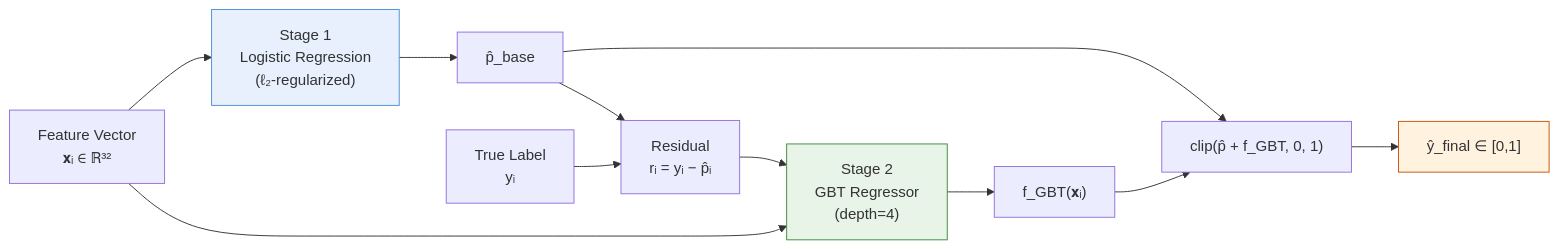
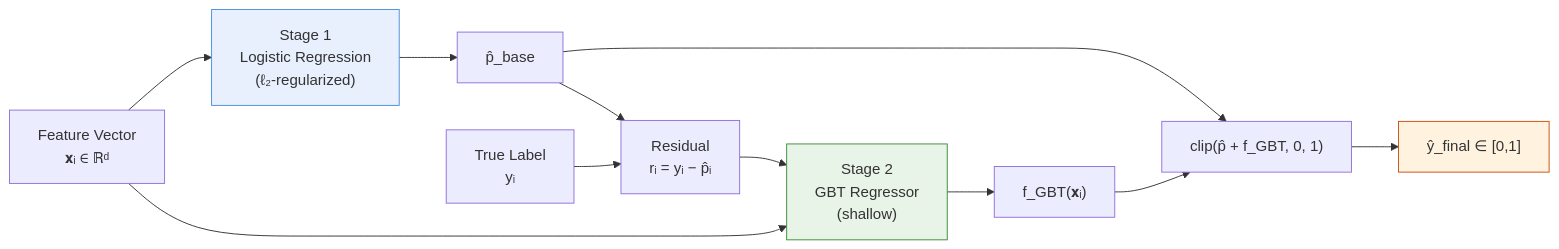
One commit to JHJP/jhjp-blog changed the diagram in content/portfolio/contact-model-two-stage-residual-learning/index.md. Above: the diagram before and after it, drawn with Mermaid. The commit also changed other lines of this file and 4 other files, not shown here.

````diff
--- a/content/portfolio/contact-model-two-stage-residual-learning/index.md
+++ b/content/portfolio/contact-model-two-stage-residual-learning/index.md
@@ -86,17 +86,17 @@
 ```mermaid
 flowchart LR
-    X["Feature Vector<br/>𝐱ᵢ ∈ ℝ³²"] --> LR["Stage 1<br/>Logistic Regression<br/>(ℓ₂-regularized)"]
+    X["Feature Vector<br/>𝐱ᵢ ∈ ℝᵈ"] --> LR["Stage 1<br/>Logistic Regression<br/>(ℓ₂-regularized)"]
     LR --> P["p̂_base"]
     P --> R["Residual<br/>rᵢ = yᵢ − p̂ᵢ"]
     Y["True Label<br/>yᵢ"] --> R
-    R --> GBT["Stage 2<br/>GBT Regressor<br/>(depth=4)"]
+    R --> GBT["Stage 2<br/>GBT Regressor<br/>(shallow)"]
     X --> GBT
     GBT --> RES["f_GBT(𝐱ᵢ)"]
     P --> CLIP["clip(p̂ + f_GBT, 0, 1)"]
     RES --> CLIP
     CLIP --> FINAL["ŷ_final ∈ [0,1]"]
 
     style LR fill:#e8f0fe,stroke:#4a90d9
     style GBT fill:#e8f4e8,stroke:#3d8b37
     style FINAL fill:#fff3e0,stroke:#c9510c
 ```
````
